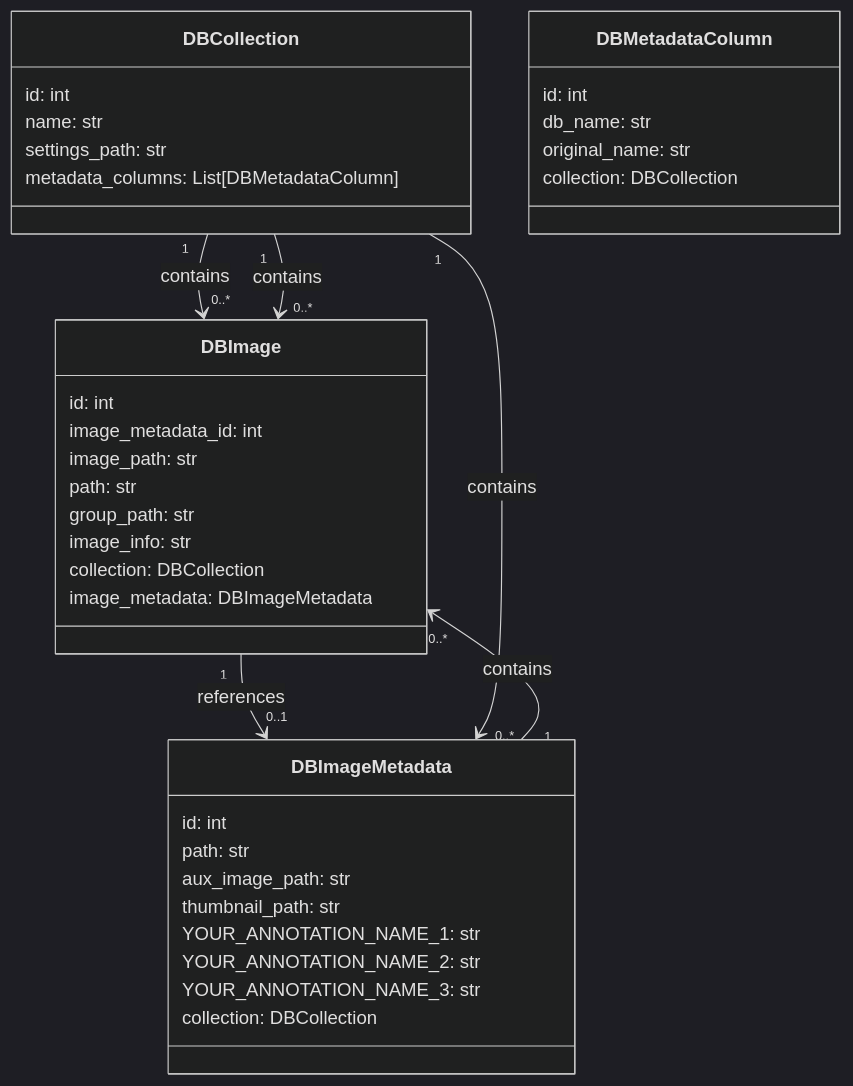
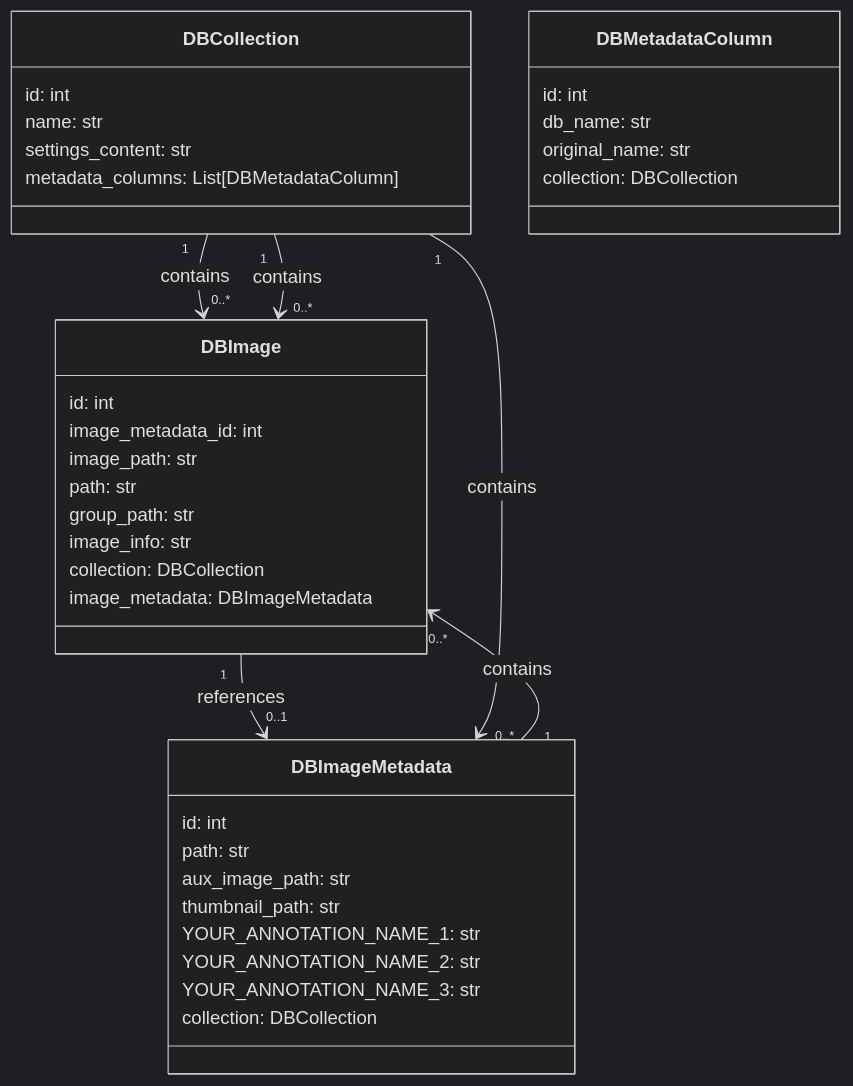
Before and after one commit to JaneliaSciComp/zarrcade: the first of 2 diagrams in docs/Overview.md, drawn with Mermaid (dark theme). The commit also changed other lines of this file and 3 other files, not shown here.

````diff
--- a/docs/Overview.md
+++ b/docs/Overview.md
@@ -27,45 +29,45 @@
 ```mermaid
 classDiagram
 
 class DBCollection {
     id: int
     name: str
-    settings_path: str
+    settings_content: str
     metadata_columns: List[DBMetadataColumn]
 }
 
 class DBMetadataColumn {
     id: int
     db_name: str
     original_name: str
     collection: DBCollection
 }
 
 class DBImageMetadata {
     id: int
     path: str
     aux_image_path: str
     thumbnail_path: str
     YOUR_ANNOTATION_NAME_1: str
     YOUR_ANNOTATION_NAME_2: str
     YOUR_ANNOTATION_NAME_3: str
     collection: DBCollection
 }
 
 class DBImage {
     id: int
     image_metadata_id: int
     image_path: str
     path: str
     group_path: str
     image_info: str
     collection: DBCollection
     image_metadata: DBImageMetadata
 }
 
 DBImageMetadata "1" --> "0..*" DBImage : contains
 DBImage "1" --> "0..1" DBImageMetadata : references
 DBCollection "1" --> "0..*" DBImage : contains
 DBCollection "1" --> "0..*" DBImageMetadata : contains
 DBCollection "1" --> "0..*" DBImage : contains
 ```
````
